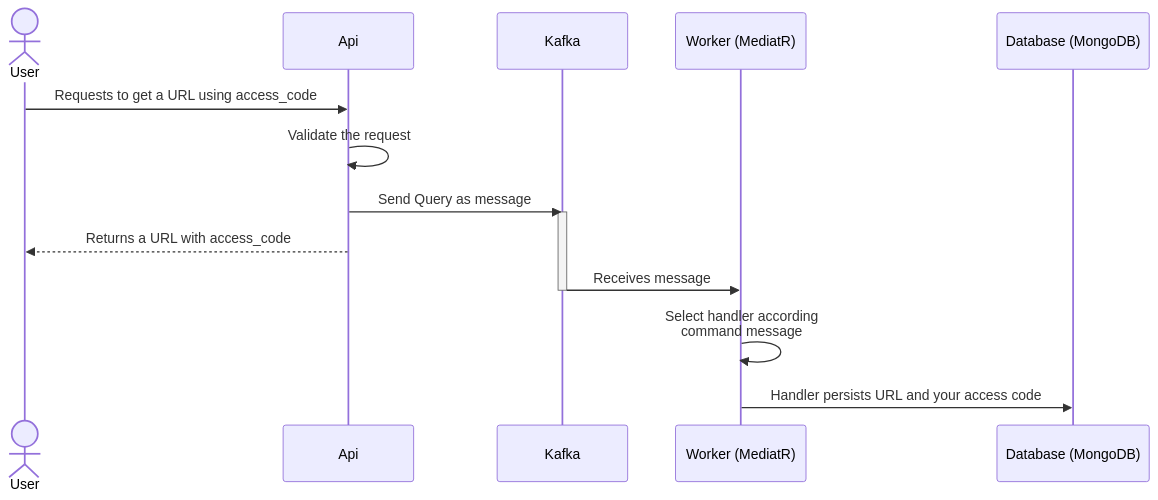
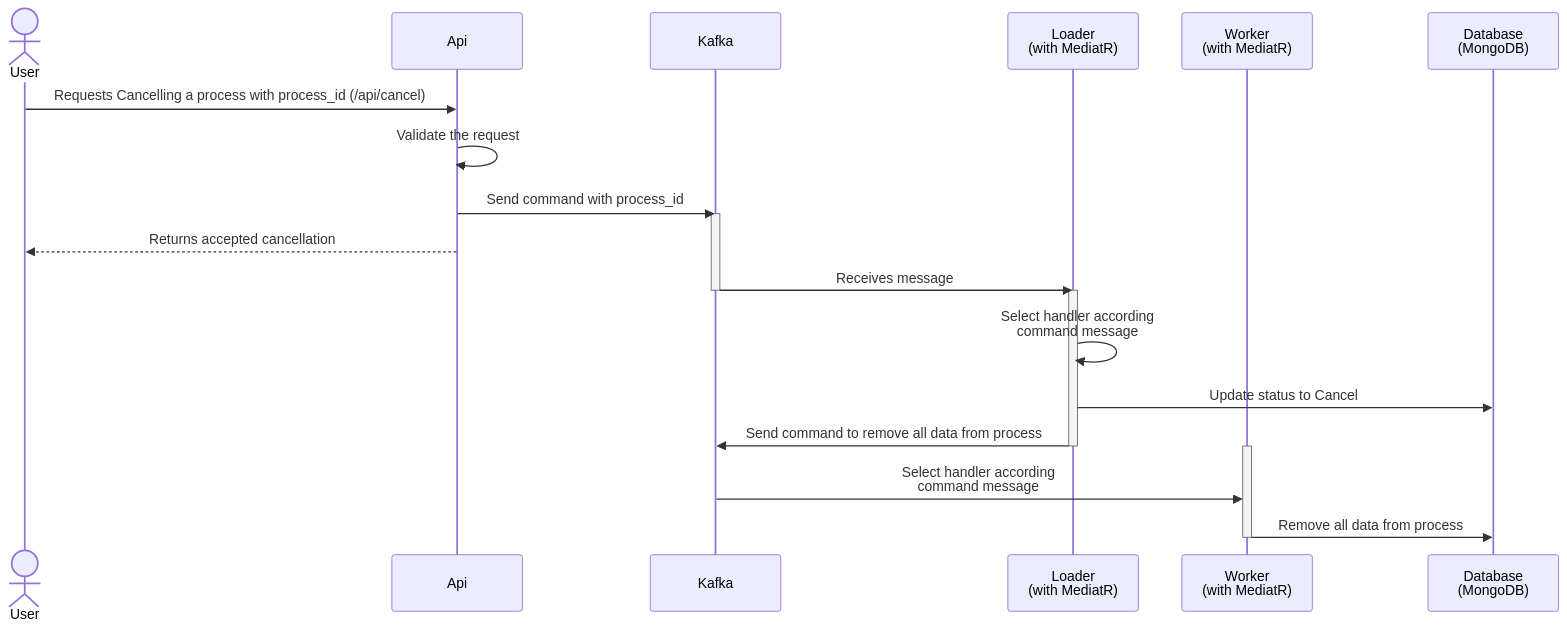
One commit to luanmds/kafka-dotnet-study changed the fourth of 4 diagrams in sample-02/README.md. Above: the diagram before and after it, drawn with Mermaid. The commit also changed other lines of this file and 55 other files, not shown here.

````diff
--- a/sample-02/README.md
+++ b/sample-02/README.md
@@ -44,19 +92,28 @@
 ```mermaid
     sequenceDiagram
         actor User
         participant Api as Api
         participant K as Kafka 
-        participant W as Worker (MediatR)
-        participant DB as Database (MongoDB)
+        participant L as Loader <br/> (with MediatR)
+        participant W as Worker <br/> (with MediatR)
+        participant DB as Database <br/> (MongoDB)
         
-        User->>Api: Requests to get a URL using access_code
+        User->>Api: Requests Cancelling a process with process_id (/api/cancel)
         Api->>Api: Validate the request
-        Api->>K: Send Query as message
+        Api->>K: Send command with process_id 
         activate K
-        Api-->>User: Returns a URL with access_code
-        K->>W: Receives message
+        Api-->>User: Returns accepted cancellation
+        K->>L: Receives message
         deactivate K
+        
+        activate L
+        L->>L: Select handler according <br/> command message 
+        L->>DB: Update status to Cancel 
+        L->>K: Send command to remove all data from process
+        deactivate L
 
-        W->>W: Select handler according <br/> command message
-        W->>DB: Handler persists URL and your access code  
+        activate W
+        K->>W: Select handler according <br/> command message 
+        W->>DB: Remove all data from process
+        deactivate W
 ```
````
